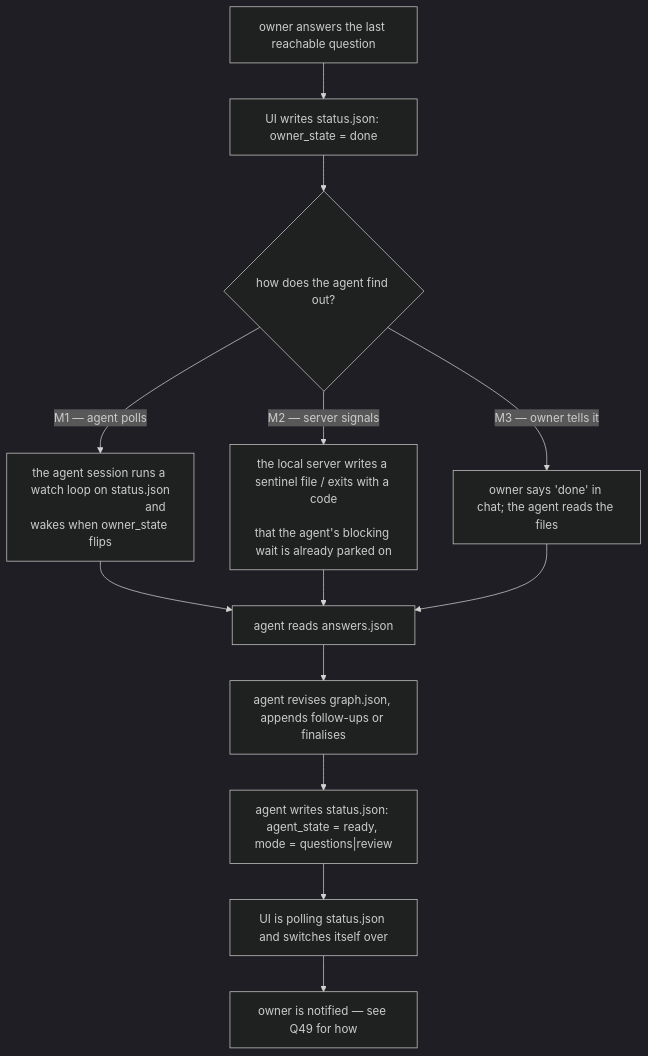
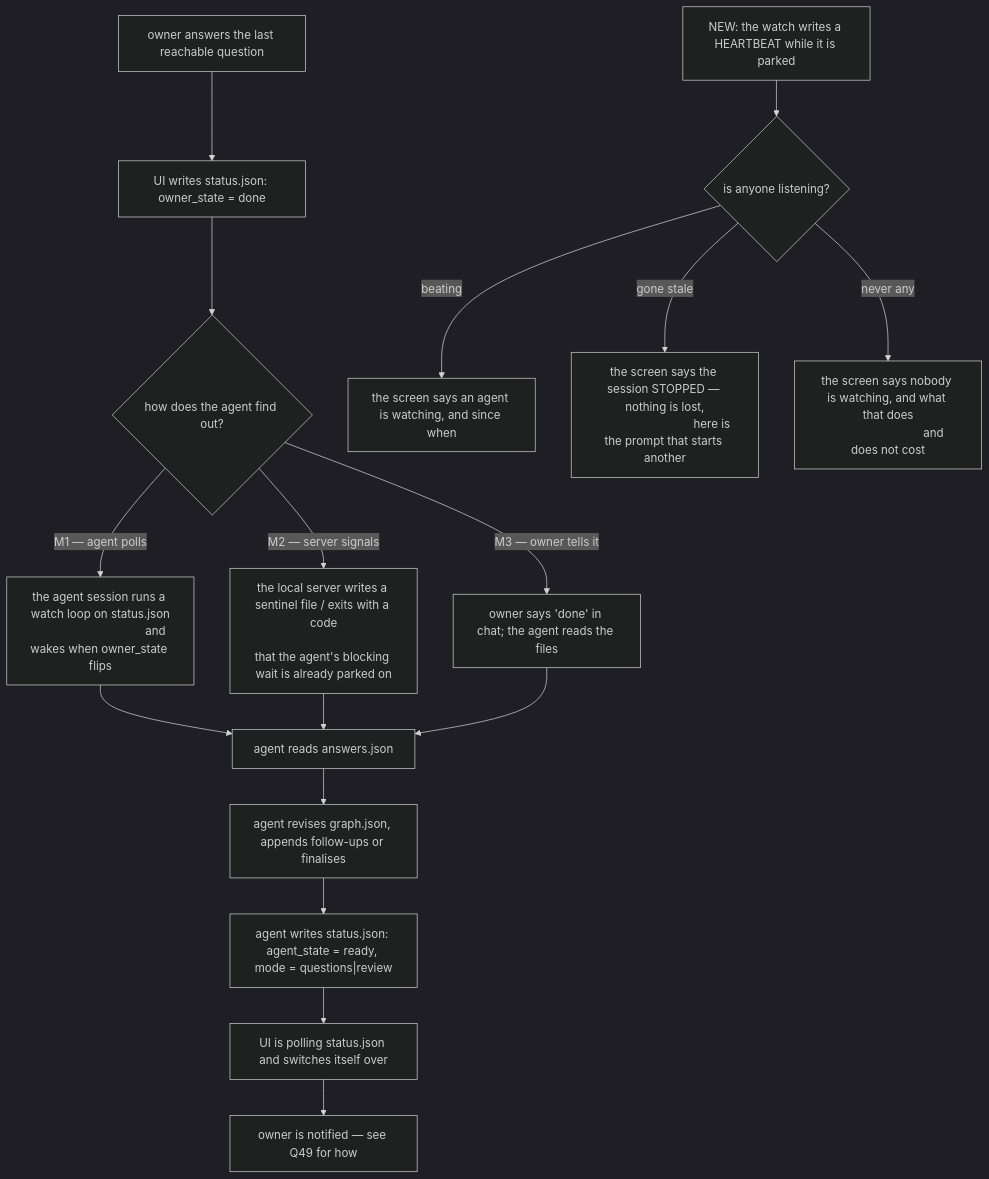
Before and after one commit to ucsdRgross/gamedev: the sixth of 11 diagrams in designloop/design/designloop/DESIGN.md, drawn with Mermaid (dark theme). The commit also changed other lines of this file and 36 other files, not shown here.

````diff
--- a/designloop/design/designloop/DESIGN.md
+++ b/designloop/design/designloop/DESIGN.md
@@ -283,17 +336,23 @@
 ```mermaid
 flowchart TD
   E1["owner answers the last reachable question"] --> E2["UI writes status.json: owner_state = done"]
   E2 --> E3{"how does the agent find out?"}
   E3 -- "M1 — agent polls" --> E4["the agent session runs a watch loop on status.json
                                    and wakes when owner_state flips"]
   E3 -- "M2 — server signals" --> E5["the local server writes a sentinel file / exits with a code
                                       that the agent's blocking wait is already parked on"]
   E3 -- "M3 — owner tells it" --> E6["owner says 'done' in chat; the agent reads the files"]
   E4 --> E7["agent reads answers.json"]
   E5 --> E7
   E6 --> E7
   E7 --> E8["agent revises graph.json, appends follow-ups or finalises"]
   E8 --> E9["agent writes status.json: agent_state = ready, mode = questions|review"]
   E9 --> E10["UI is polling status.json and switches itself over"]
+  E12["NEW: the watch writes a HEARTBEAT while it is parked"] --> E13{"is anyone listening?"}
+  E13 -- "beating" --> E14["the screen says an agent is watching, and since when"]
+  E13 -- "gone stale" --> E15["the screen says the session STOPPED — nothing is lost,
+                              here is the prompt that starts another"]
+  E13 -- "never any" --> E16["the screen says nobody is watching, and what that does
+                             and does not cost"]
   E10 --> E11["owner is notified — see Q49 for how"]
 ```
````
